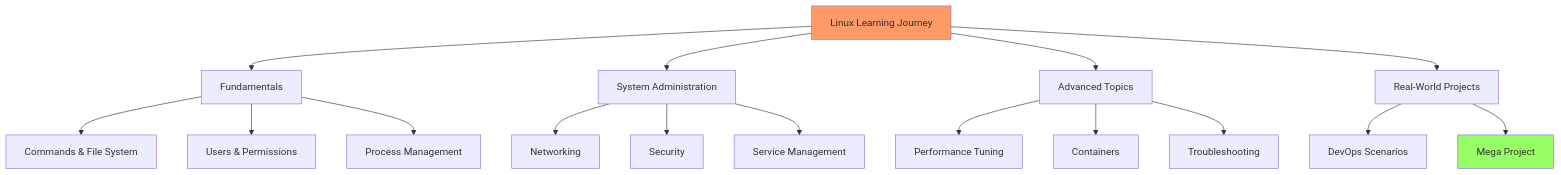
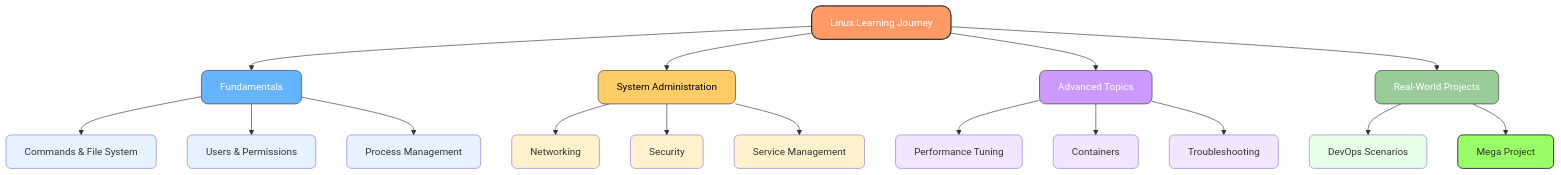
One commit to singhhitendra337/linux_the_final_boss changed the diagram in Day_00/notes_and_exercises.md. Above: the diagram before and after it, drawn with Mermaid. The commit also changed other lines of this file, not shown here.

````diff
--- a/Day_00/notes_and_exercises.md
+++ b/Day_00/notes_and_exercises.md
@@ -27,25 +37,45 @@
 ```mermaid
 flowchart TD
-    A[Linux Learning Journey] --> B[Fundamentals]
-    A --> C[System Administration]
-    A --> D[Advanced Topics]
-    A --> E[Real-World Projects]
-    
+    A[Linux Learning Journey]
+    A --> B[Fundamentals]
     B --> B1[Commands & File System]
     B --> B2[Users & Permissions]
     B --> B3[Process Management]
-    
+
+    A --> C[System Administration]
     C --> C1[Networking]
     C --> C2[Security]
     C --> C3[Service Management]
-    
+
+    A --> D[Advanced Topics]
     D --> D1[Performance Tuning]
     D --> D2[Containers]
     D --> D3[Troubleshooting]
-    
+
+    A --> E[Real-World Projects]
     E --> E1[DevOps Scenarios]
     E --> E2[Mega Project]
     
-    style A fill:#f96
-    style E2 fill:#9f6
+    %% Styles
+    style A fill:#ff9966,stroke:#333,stroke-width:2px,color:#fff,rx:15,ry:15
+    style B fill:#66b3ff,stroke:#333,stroke-width:1px,color:#fff,rx:10,ry:10
+    style C fill:#ffcc66,stroke:#333,stroke-width:1px,color:#000,rx:10,ry:10
+    style D fill:#cc99ff,stroke:#333,stroke-width:1px,color:#fff,rx:10,ry:10
+    style E fill:#99cc99,stroke:#333,stroke-width:1px,color:#fff,rx:10,ry:10
+    
+    style B1 fill:#e6f2ff,rx:8,ry:8
+    style B2 fill:#e6f2ff,rx:8,ry:8
+    style B3 fill:#e6f2ff,rx:8,ry:8
+    
+    style C1 fill:#fff2cc,rx:8,ry:8
+    style C2 fill:#fff2cc,rx:8,ry:8
+    style C3 fill:#fff2cc,rx:8,ry:8
+    
+    style D1 fill:#f2e6ff,rx:8,ry:8
+    style D2 fill:#f2e6ff,rx:8,ry:8
+    style D3 fill:#f2e6ff,rx:8,ry:8
+    
+    style E1 fill:#e6ffe6,rx:8,ry:8
+    style E2 fill:#9f6,stroke:#333,stroke-width:1.5px,rx:8,ry:8
+
 ```
````
